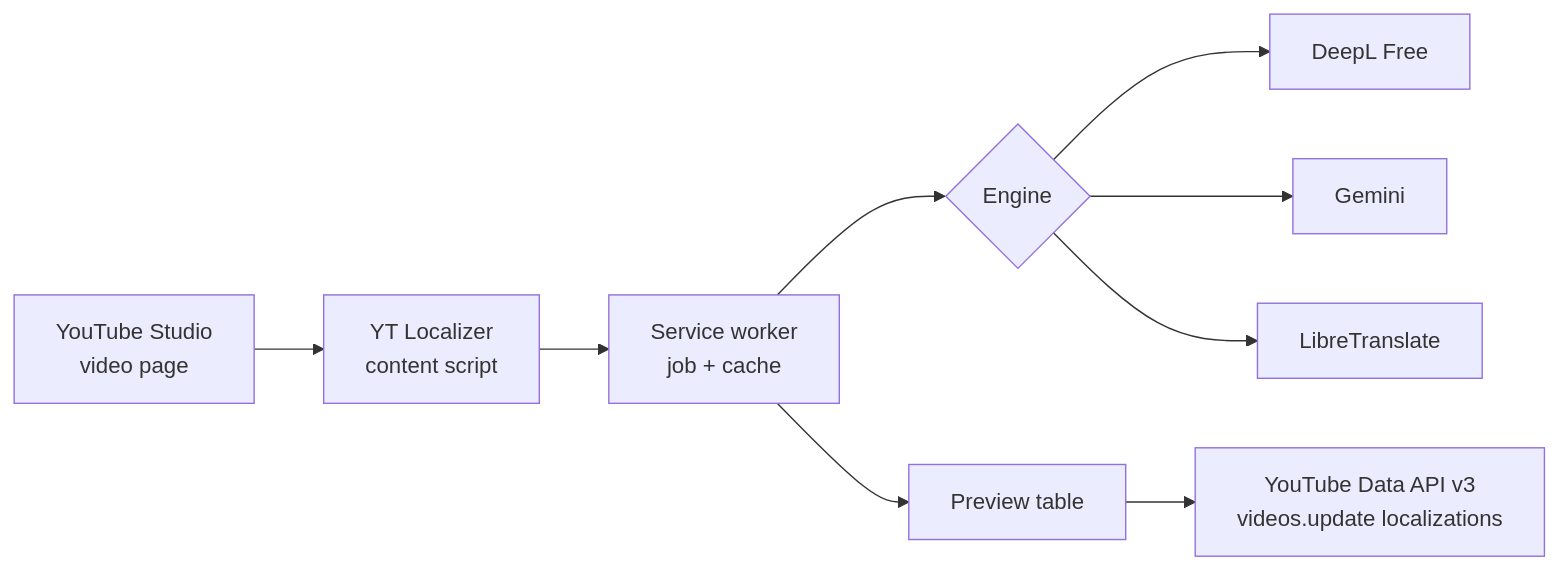
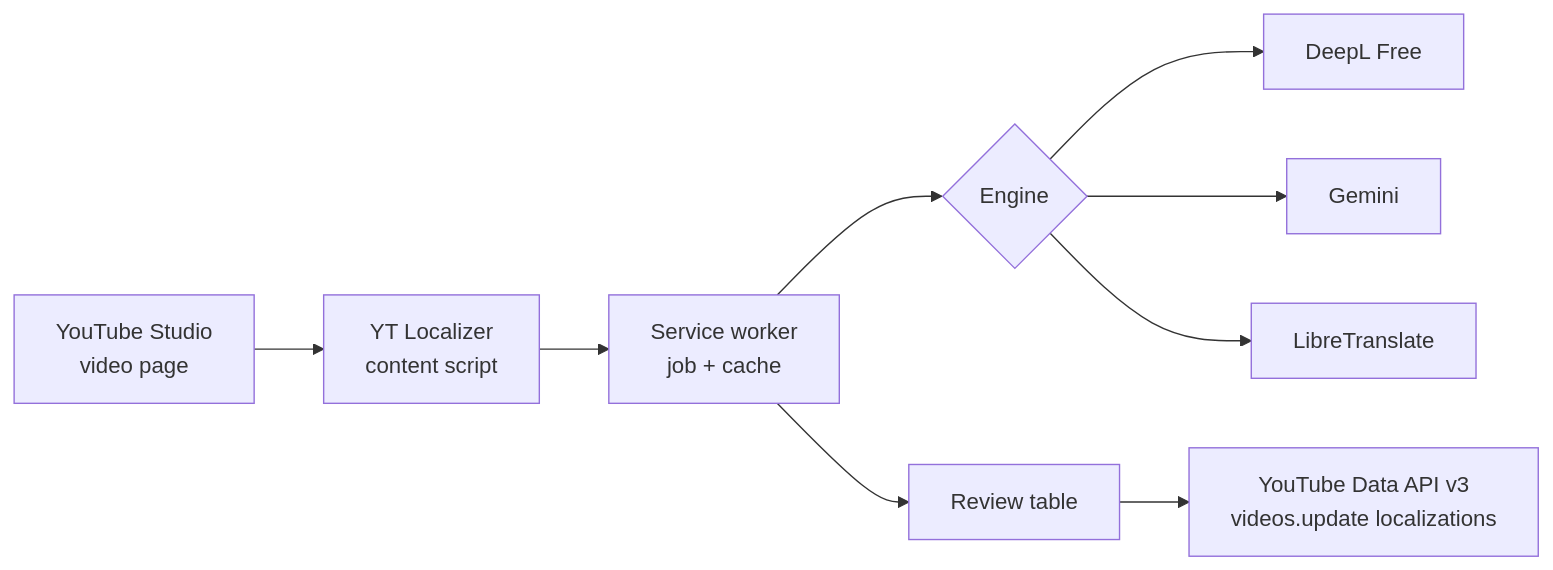
One commit to MykolaRudnev/yt-localizer changed the diagram in README.md. Above: the diagram before and after it, drawn with Mermaid. The commit also changed other lines of this file and 12 other files, not shown here.

````diff
--- a/README.md
+++ b/README.md
@@ -58,11 +59,11 @@
 ```mermaid
 flowchart LR
   A[YouTube Studio<br/>video page] --> B[YT Localizer<br/>content script]
   B --> C[Service worker<br/>job + cache]
   C --> D{Engine}
   D --> E[DeepL Free]
   D --> F[Gemini]
   D --> G[LibreTranslate]
-  C --> H[Preview table]
+  C --> H[Review table]
   H --> I[YouTube Data API v3<br/>videos.update localizations]
 ```
````
